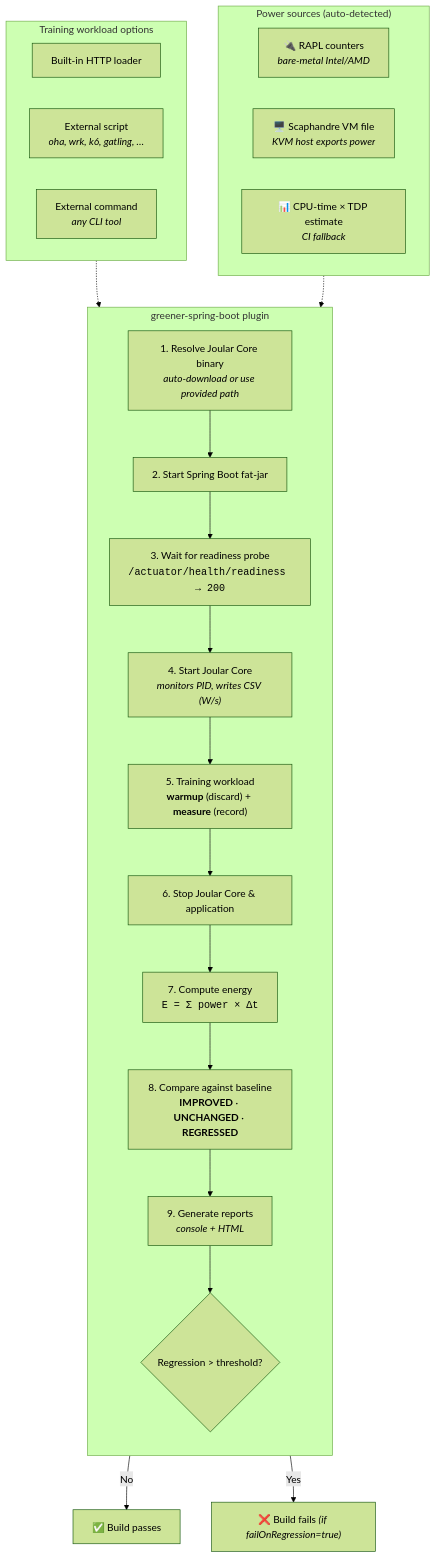
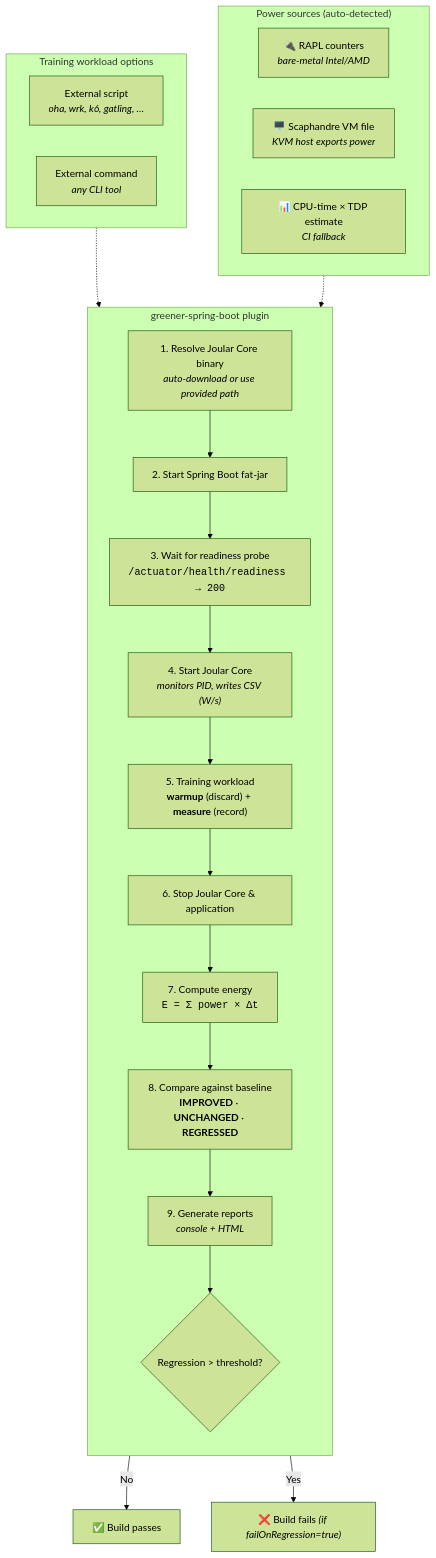
Before and after one commit to patbaumgartner/greener-spring-boot: the diagram in README.md, drawn with Mermaid (forest theme). The commit also changed other lines of this file and 69 other files, not shown here.

First line of the commit message:
feat: aggregated reports, remove built-in HTTP loader, fix code scanning alerts, update docs

````diff
--- a/README.md
+++ b/README.md
@@ -22,33 +99,32 @@
 ```mermaid
 flowchart TB
     subgraph plugin["greener-spring-boot plugin"]
         direction TB
         A["1. Resolve Joular Core binary<br/><i>auto-download or use provided path</i>"] --> B
         B["2. Start Spring Boot fat-jar"] --> C
         C["3. Wait for readiness probe<br/><code>/actuator/health/readiness → 200</code>"] --> D
         D["4. Start Joular Core<br/><i>monitors PID, writes CSV (W/s)</i>"] --> E
         E["5. Training workload<br/><b>warmup</b> (discard) + <b>measure</b> (record)"] --> F
         F["6. Stop Joular Core & application"] --> G
         G["7. Compute energy<br/><code>E = Σ power × Δt</code>"] --> H
         H["8. Compare against baseline<br/><b>IMPROVED</b> · <b>UNCHANGED</b> · <b>REGRESSED</b>"] --> I
         I["9. Generate reports<br/><i>console + HTML</i>"] --> J
         J{"Regression > threshold?"}
     end
 
     J -- No --> K["✅ Build passes"]
     J -- Yes --> L["❌ Build fails <i>(if failOnRegression=true)</i>"]
 
     subgraph workload["Training workload options"]
-        W1["Built-in HTTP loader"]
-        W2["External script<br/><i>oha, wrk, k6, gatling, …</i>"]
-        W3["External command<br/><i>any CLI tool</i>"]
+        W1["External script<br/><i>oha, wrk, k6, gatling, …</i>"]
+        W2["External command<br/><i>any CLI tool</i>"]
     end
     workload -.-> E
 
     subgraph power["Power sources (auto-detected)"]
         P1["🔌 RAPL counters<br/><i>bare-metal Intel/AMD</i>"]
         P2["🖥️ Scaphandre VM file<br/><i>KVM host exports power</i>"]
         P3["📊 CPU-time × TDP estimate<br/><i>CI fallback</i>"]
     end
     power -.-> D
 ```
````
